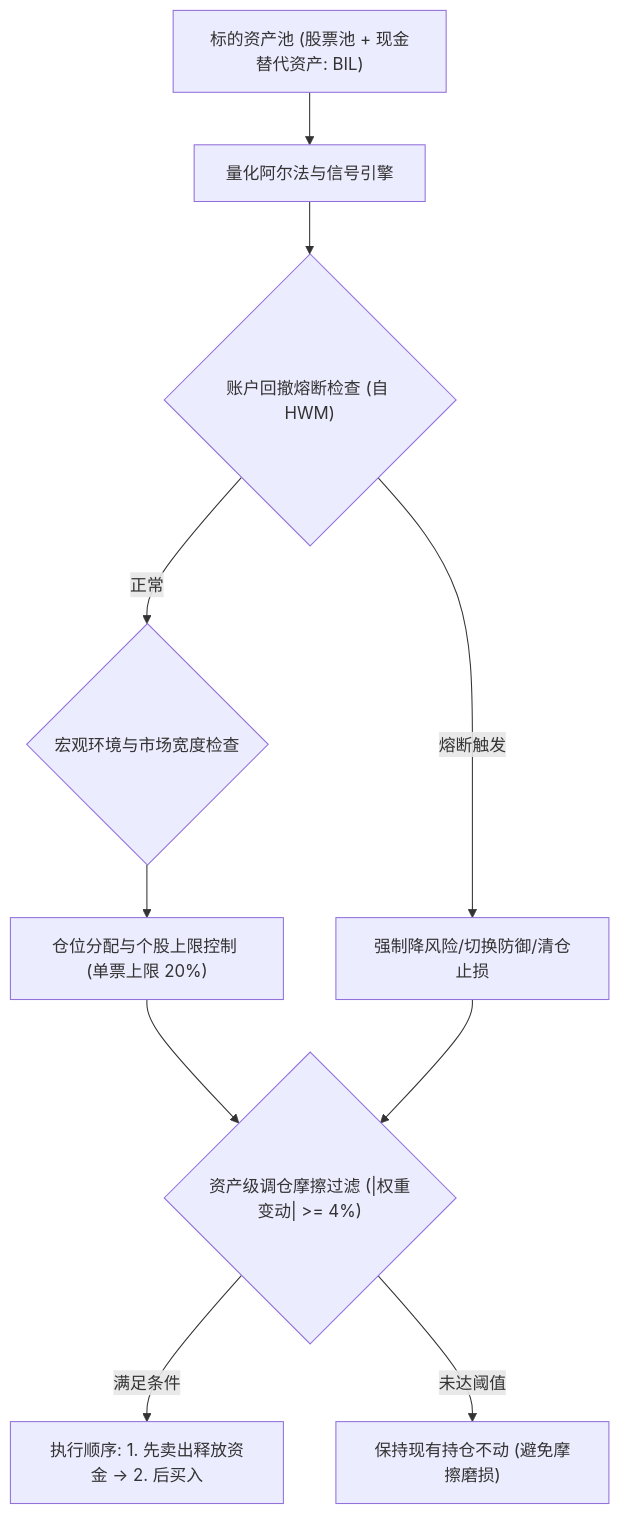
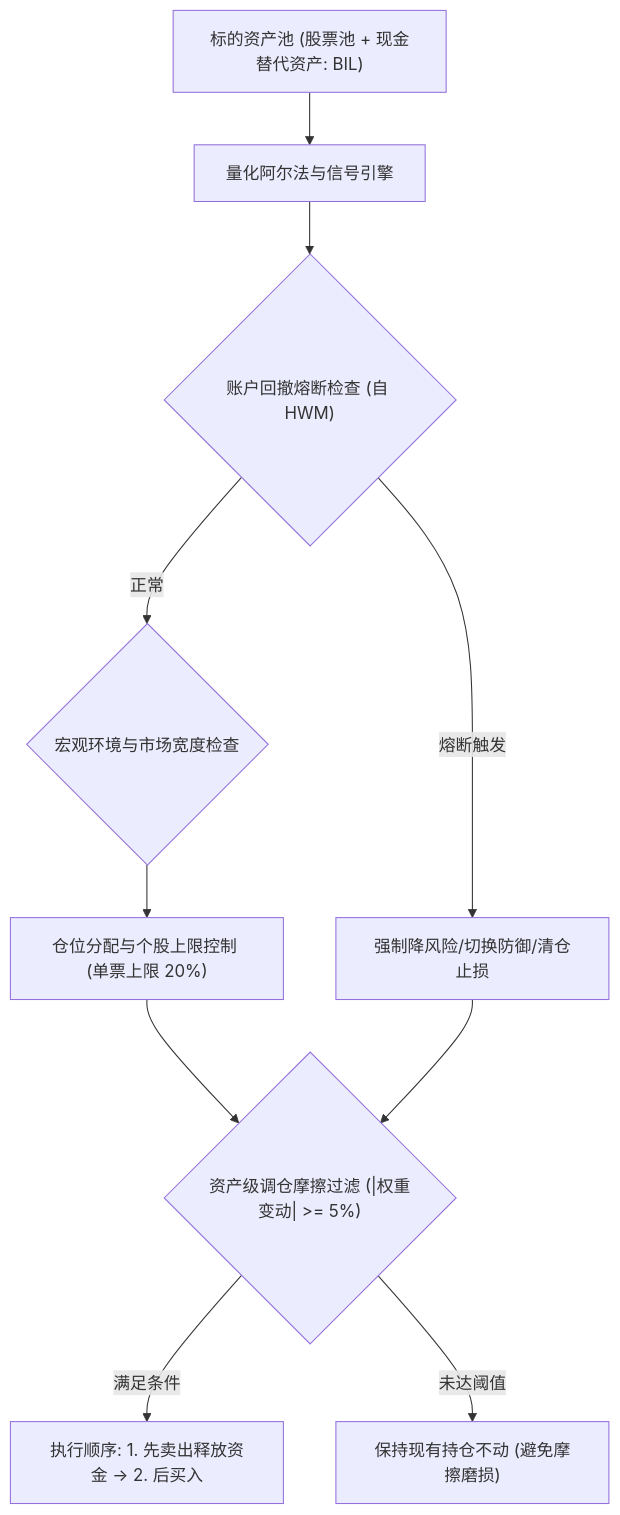
The first of 2 diagrams in docs/ruleset/chan_four_state_blend/rules_cn.md (stonewell/quant_research), drawn with Mermaid before and after one commit. The commit also changed other lines of this file and 6 other files, not shown here.

````diff
--- a/docs/ruleset/chan_four_state_blend/rules_cn.md
+++ b/docs/ruleset/chan_four_state_blend/rules_cn.md
@@ -17,11 +17,11 @@
 ```mermaid
 flowchart TD
     Universe["标的资产池 (股票池 + 现金替代资产: BIL)"] --> AlphaEngine["量化阿尔法与信号引擎"]
     AlphaEngine --> DDCheck{"账户回撤熔断检查 (自 HWM)"}
     DDCheck -- "正常" --> BreadthCheck{"宏观环境与市场宽度检查"}
     DDCheck -- "熔断触发" --> RiskCut["强制降风险/切换防御/清仓止损"]
     BreadthCheck --> Sizing["仓位分配与个股上限控制 (单票上限 20%)"]
-    Sizing & RiskCut --> FrictionFilter{"资产级调仓摩擦过滤 (|权重变动| >= 4%)"}
+    Sizing & RiskCut --> FrictionFilter{"资产级调仓摩擦过滤 (|权重变动| >= 5%)"}
     FrictionFilter -- "满足条件" --> OrderExec["执行顺序: 1. 先卖出释放资金 -> 2. 后买入"]
     FrictionFilter -- "未达阈值" --> HoldPrior["保持现有持仓不动 (避免摩擦磨损)"]
 ```
````
